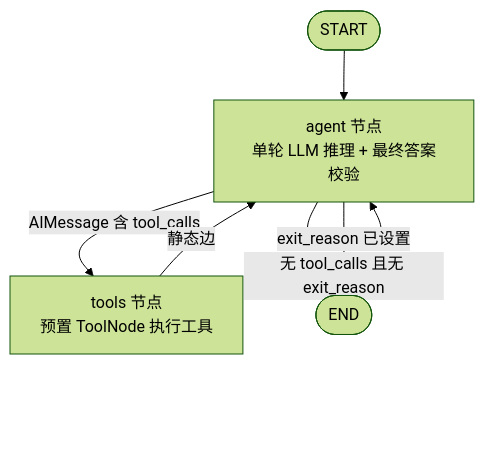
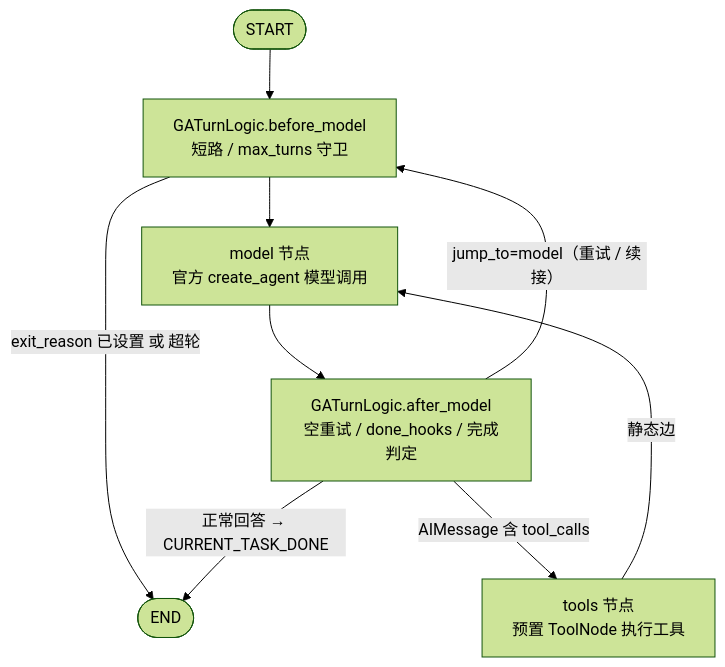
The diagram in ARCHITECTURE.md (weweaq/WithLangGraph), drawn with Mermaid (forest theme) before and after one commit. The commit also changed other lines of this file and 15 other files, not shown here.

````diff
--- a/ARCHITECTURE.md
+++ b/ARCHITECTURE.md
@@ -16,8 +18,11 @@
 ```mermaid
 graph TD
-    START(["START"]) --> agent["agent 节点<br/>单轮 LLM 推理 + 最终答案校验"]
-    agent -->|"AIMessage 含 tool_calls"| tools["tools 节点<br/>预置 ToolNode 执行工具"]
-    agent -->|"无 tool_calls 且无 exit_reason"| agent
-    agent -->|"exit_reason 已设置"| END(["END"])
-    tools -->|静态边| agent
+    START(["START"]) --> bm["GATurnLogic.before_model<br/>短路 / max_turns 守卫"]
+    bm -->|"exit_reason 已设置 或 超轮"| END(["END"])
+    bm --> model["model 节点<br/>官方 create_agent 模型调用"]
+    model --> am["GATurnLogic.after_model<br/>空重试 / done_hooks / 完成判定"]
+    am -->|"jump_to=model（重试 / 续接）"| bm
+    am -->|"AIMessage 含 tool_calls"| tools["tools 节点<br/>预置 ToolNode 执行工具"]
+    am -->|"正常回答 → CURRENT_TASK_DONE"| END
+    tools -->|静态边| model
 ```
````
